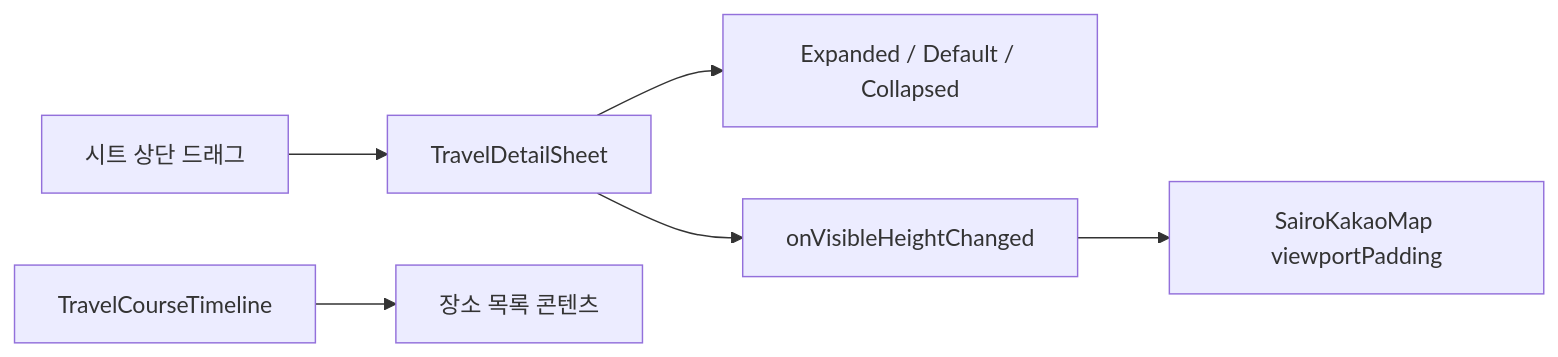
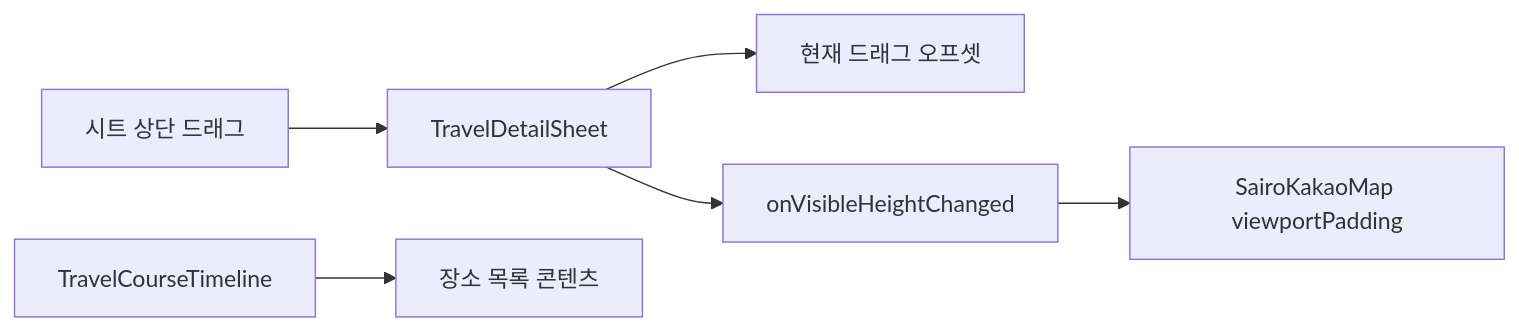
Before and after one commit to SAIRO14/SAIRO-ANDROID: the diagram in docs/intermediate/three-state-travel-detail-sheet.md, drawn with Mermaid. The commit also changed other lines of this file and 1 other file, not shown here.

````diff
--- a/docs/intermediate/three-state-travel-detail-sheet.md
+++ b/docs/intermediate/three-state-travel-detail-sheet.md
@@ -35,8 +34,8 @@
 ```mermaid
 flowchart LR
     Header["시트 상단 드래그"] --> Sheet["TravelDetailSheet"]
-    Sheet --> Anchors["Expanded / Default / Collapsed"]
+    Sheet --> Offset["현재 드래그 오프셋"]
     Sheet --> Height["onVisibleHeightChanged"]
     Height --> Map["SairoKakaoMap viewportPadding"]
     Timeline["TravelCourseTimeline"] --> List["장소 목록 콘텐츠"]
 ```
````
